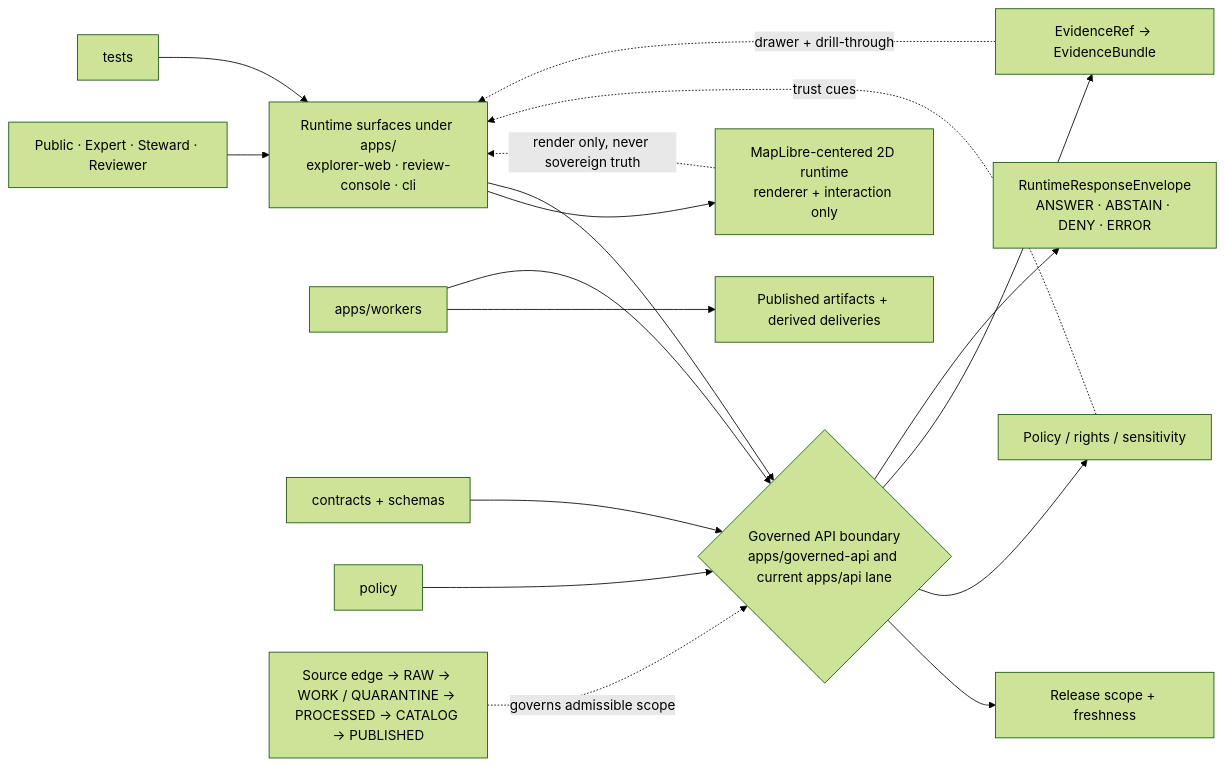
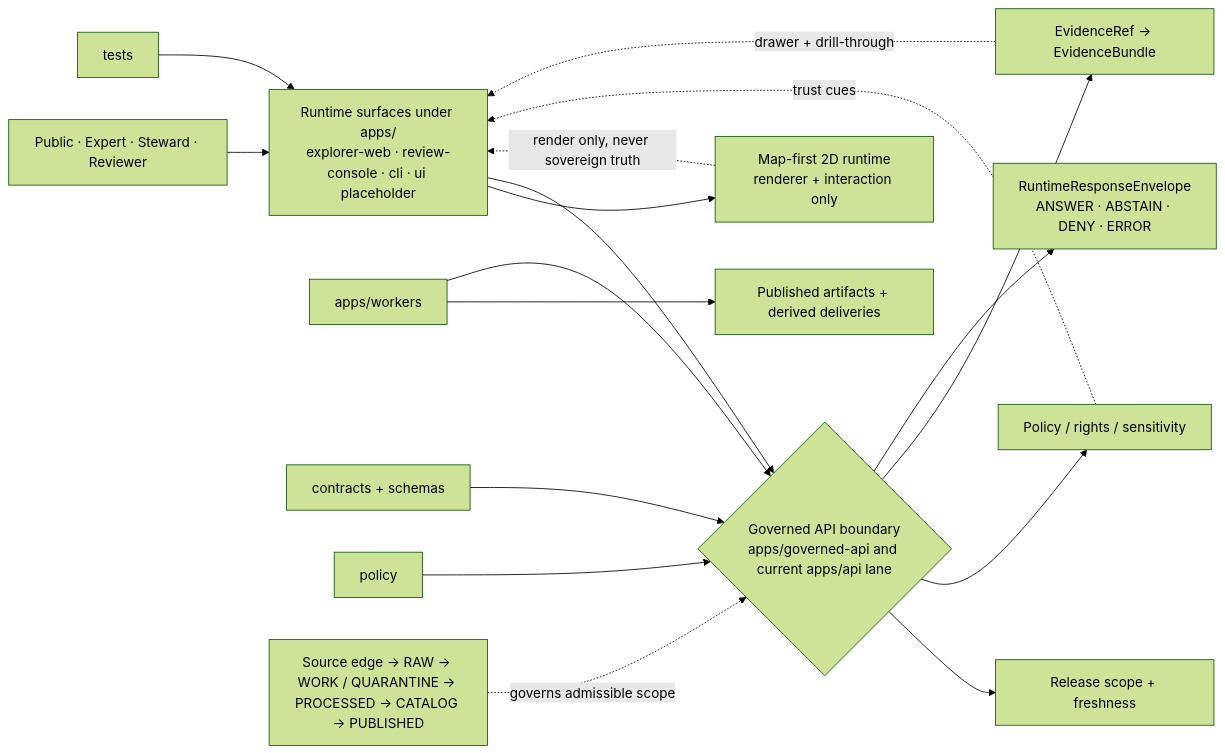
One commit to bartytime4life/Kansas-Frontier-Matrix changed the diagram in apps/README.md. Above: the diagram before and after it, drawn with Mermaid (forest theme). The commit also changed other lines of this file, not shown here.

````diff
--- a/apps/README.md
+++ b/apps/README.md
@@ -334,24 +347,24 @@
 ```mermaid
 flowchart LR
-    User[Public · Expert · Steward · Reviewer] --> Shell[Runtime surfaces under apps/<br/>explorer-web · review-console · cli]
+    User[Public · Expert · Steward · Reviewer] --> Shell[Runtime surfaces under apps/<br/>explorer-web · review-console · cli · ui placeholder]
 
-    Shell --> MapRuntime[MapLibre-centered 2D runtime<br/>renderer + interaction only]
+    Shell --> MapRuntime[Map-first 2D runtime<br/>renderer + interaction only]
     Shell --> APIBoundary{Governed API boundary<br/>apps/governed-api and current apps/api lane}
 
     APIBoundary --> Release[Release scope + freshness]
     APIBoundary --> Policy[Policy / rights / sensitivity]
     APIBoundary --> Evidence[EvidenceRef → EvidenceBundle]
     APIBoundary --> Runtime[RuntimeResponseEnvelope<br/>ANSWER · ABSTAIN · DENY · ERROR]
 
     Workers[apps/workers] --> Published[Published artifacts + derived deliveries]
     Workers --> APIBoundary
 
     Contracts[contracts + schemas] --> APIBoundary
     PolicySurface[policy] --> APIBoundary
     Tests[tests] --> Shell
 
     Canonical[Source edge → RAW → WORK / QUARANTINE → PROCESSED → CATALOG → PUBLISHED] -. governs admissible scope .-> APIBoundary
     MapRuntime -. render only, never sovereign truth .-> Shell
     Evidence -. drawer + drill-through .-> Shell
     Policy -. trust cues .-> Shell
 ```
````
